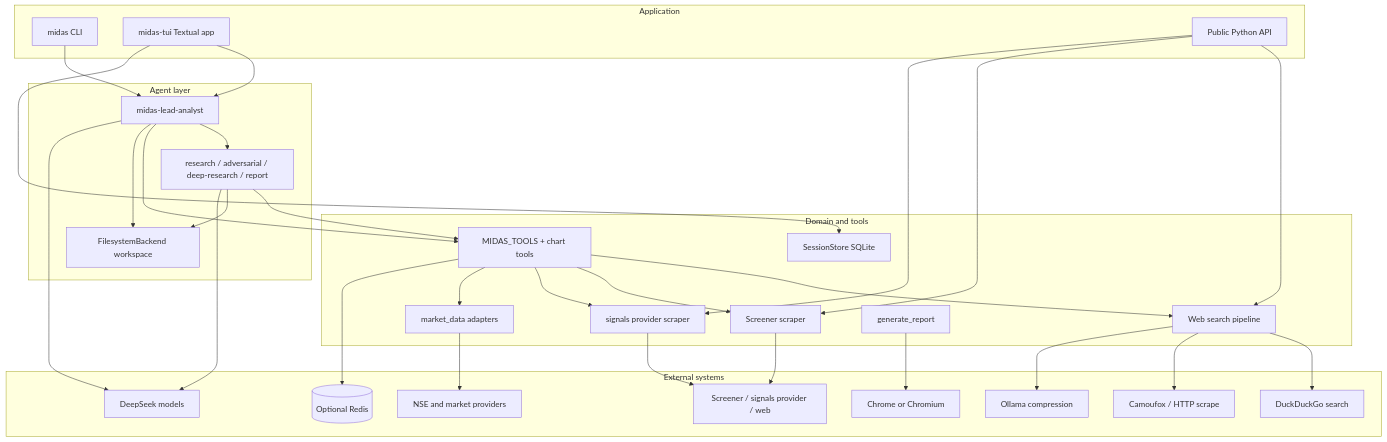
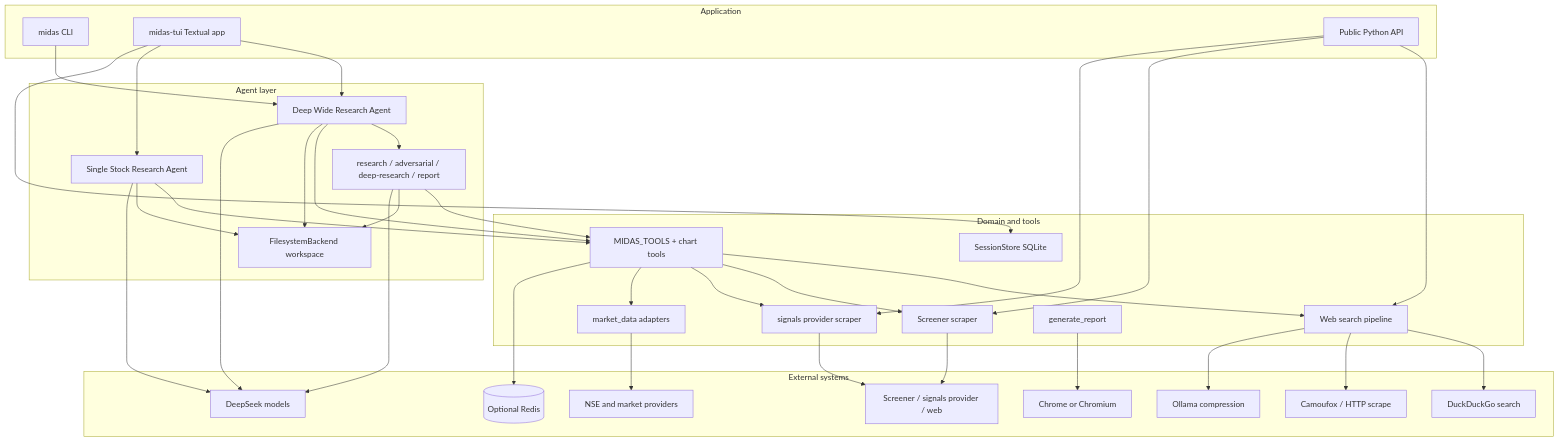
The third of 3 diagrams in README.md (aneeshpatne/Midas), drawn with Mermaid before and after one commit. The commit also changed other lines of this file, not shown here.

First line of the commit message:
docs: document dual research modes and mode-aware TUI

````diff
--- a/README.md
+++ b/README.md
@@ -98,61 +98,66 @@
 ```mermaid
 flowchart TB
   subgraph presentation [Application]
     CLI[midas CLI]
     TUI[midas-tui Textual app]
     LIB[Public Python API]
   end
 
   subgraph agents [Agent layer]
-    LEAD[midas-lead-analyst]
+    LEAD[Deep Wide Research Agent]
+    STOCK[Single Stock Research Agent]
     SUB[research / adversarial / deep-research / report]
     FS[FilesystemBackend workspace]
   end
 
   subgraph domain [Domain and tools]
     TOOLS[MIDAS_TOOLS + chart tools]
     PIPE[Web search pipeline]
     SCR[Screener scraper]
     TL[signals provider scraper]
     MD[market_data adapters]
     REP[generate_report]
     SESS[SessionStore SQLite]
   end
 
   subgraph external [External systems]
     DDGS[DuckDuckGo search]
     CAM[Camoufox / HTTP scrape]
     OLL[Ollama compression]
     DS[DeepSeek models]
     NSE[NSE and market providers]
     WEB[Screener / signals provider / web]
     REDIS[(Optional Redis)]
     CHROME[Chrome or Chromium]
   end
 
   CLI --> LEAD
   TUI --> LEAD
+  TUI --> STOCK
   TUI --> SESS
   LIB --> PIPE
   LIB --> SCR
   LIB --> TL
   LEAD --> SUB
   LEAD --> TOOLS
   LEAD --> FS
+  STOCK --> TOOLS
+  STOCK --> FS
   SUB --> TOOLS
   SUB --> FS
   TOOLS --> PIPE
   TOOLS --> SCR
   TOOLS --> TL
   TOOLS --> MD
   TOOLS --> REDIS
   PIPE --> DDGS
   PIPE --> CAM
   PIPE --> OLL
   SCR --> WEB
   TL --> WEB
   MD --> NSE
   LEAD --> DS
+  STOCK --> DS
   SUB --> DS
   REP --> CHROME
 ```
````
